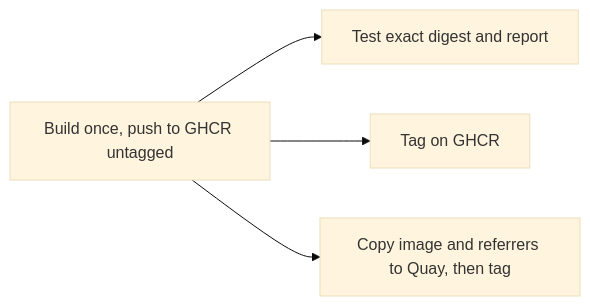
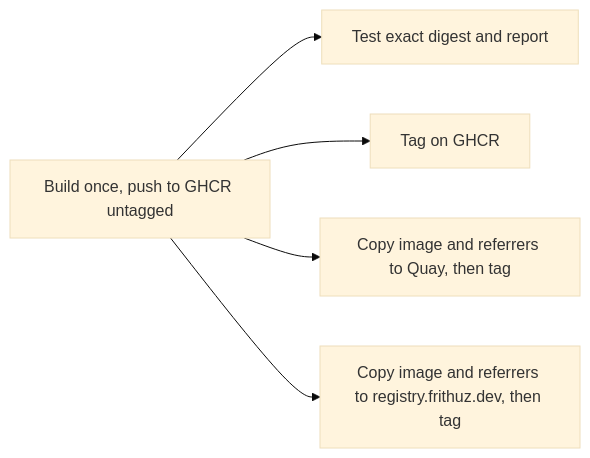
Before and after one commit to frithuz/devcontainer: the diagram in docs/maintenance.md, drawn with Mermaid (base theme). The commit also changed other lines of this file and 6 other files, not shown here.

First line of the commit message:
all: promote the image and kits to registry.frithuz.dev

````diff
--- a/docs/maintenance.md
+++ b/docs/maintenance.md
@@ -85,6 +86,7 @@
 ```mermaid
 flowchart LR
   build[Build once, push to GHCR untagged] --> verify[Test exact digest and report]
   build --> taggh[Tag on GHCR]
   build --> promote[Copy image and referrers to Quay, then tag]
+  build --> promotefrz[Copy image and referrers to registry.frithuz.dev, then tag]
 ```
````
